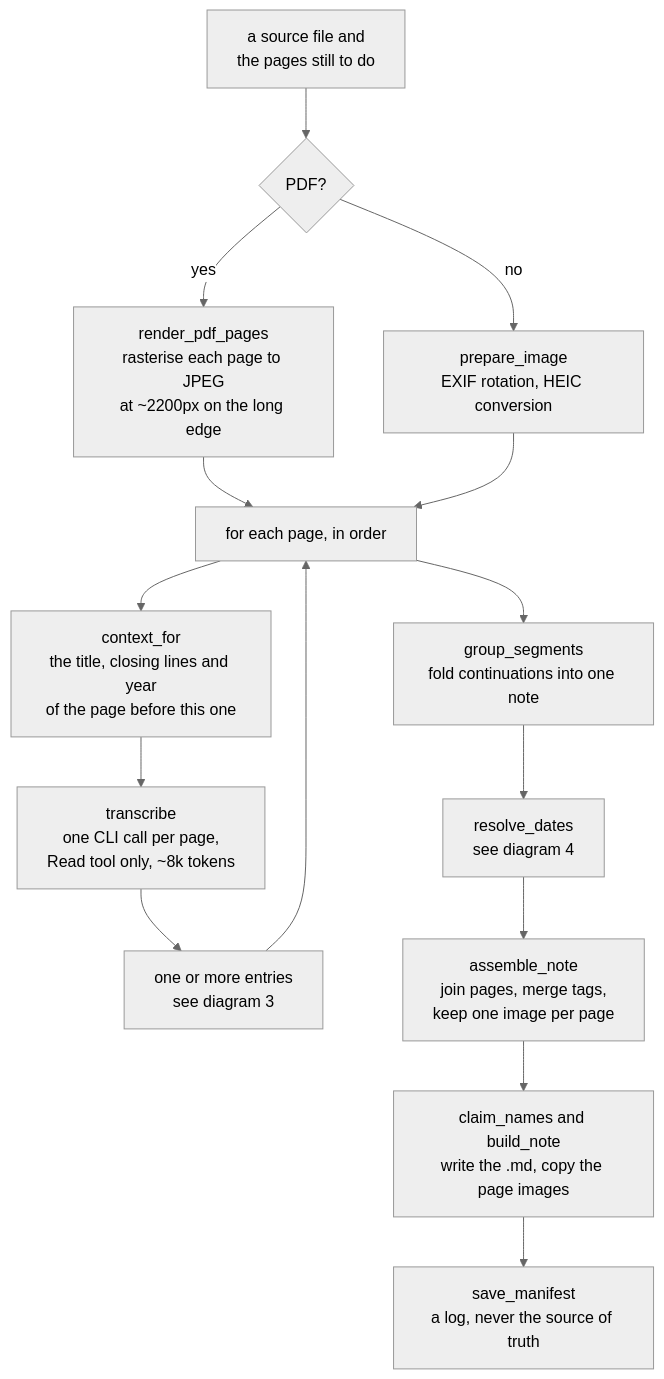
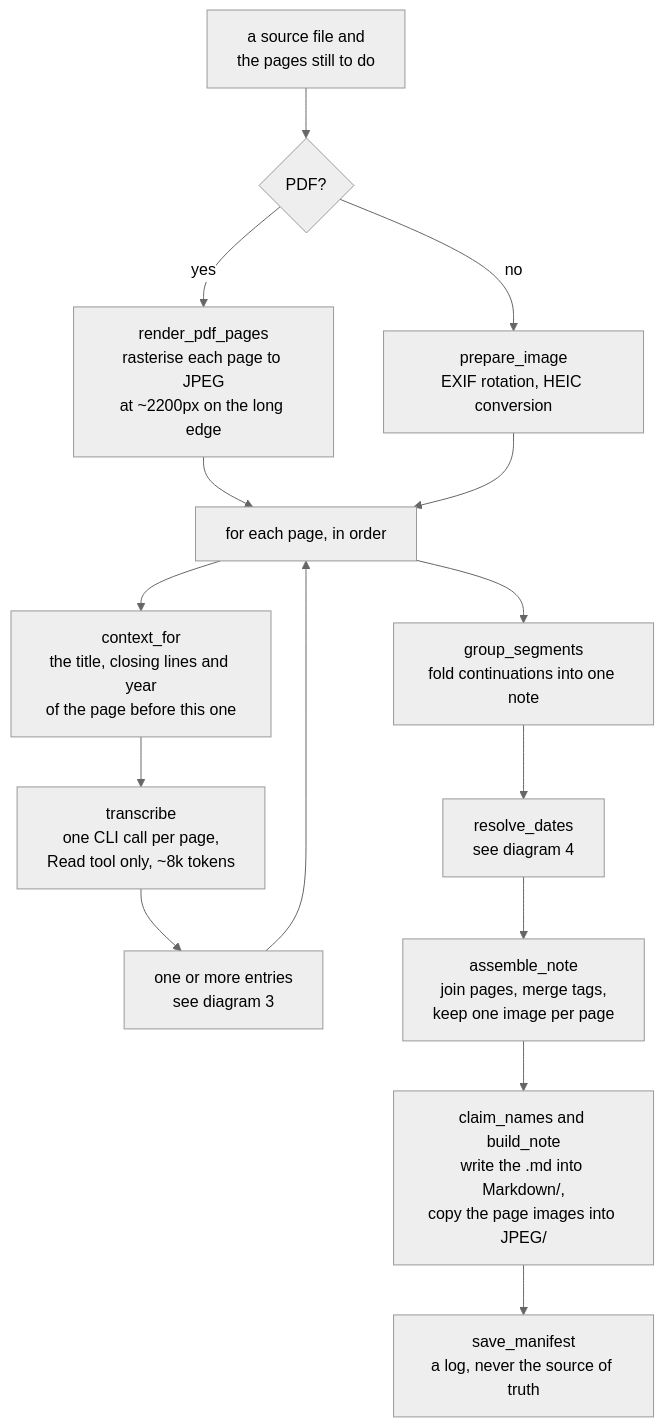
The second of 4 diagrams in WORKFLOW.md (leif-niehe/scan-notes), drawn with Mermaid (neutral theme) before and after one commit. The commit also changed other lines of this file and 2 other files, not shown here.

First line of the commit message:
Separate notes and their images into Markdown/ and JPEG/ subfolders

````diff
--- a/WORKFLOW.md
+++ b/WORKFLOW.md
@@ -36,17 +36,17 @@
 ```mermaid
 flowchart TD
     A["a source file and<br/>the pages still to do"] --> B{"PDF?"}
     B -->|"yes"| C["render_pdf_pages<br/>rasterise each page to JPEG<br/>at ~2200px on the long edge"]
     B -->|"no"| D["prepare_image<br/>EXIF rotation, HEIC conversion"]
     C --> E["for each page, in order"]
     D --> E
     E --> F["context_for<br/>the title, closing lines and year<br/>of the page before this one"]
     F --> G["transcribe<br/>one CLI call per page,<br/>Read tool only, ~8k tokens"]
     G --> H["one or more entries<br/>see diagram 3"]
     H --> E
     E --> I["group_segments<br/>fold continuations into one note"]
     I --> J["resolve_dates<br/>see diagram 4"]
     J --> K["assemble_note<br/>join pages, merge tags,<br/>keep one image per page"]
-    K --> L["claim_names and build_note<br/>write the .md, copy the page images"]
+    K --> L["claim_names and build_note<br/>write the .md into Markdown/,<br/>copy the page images into JPEG/"]
     L --> M["save_manifest<br/>a log, never the source of truth"]
 ```
````
